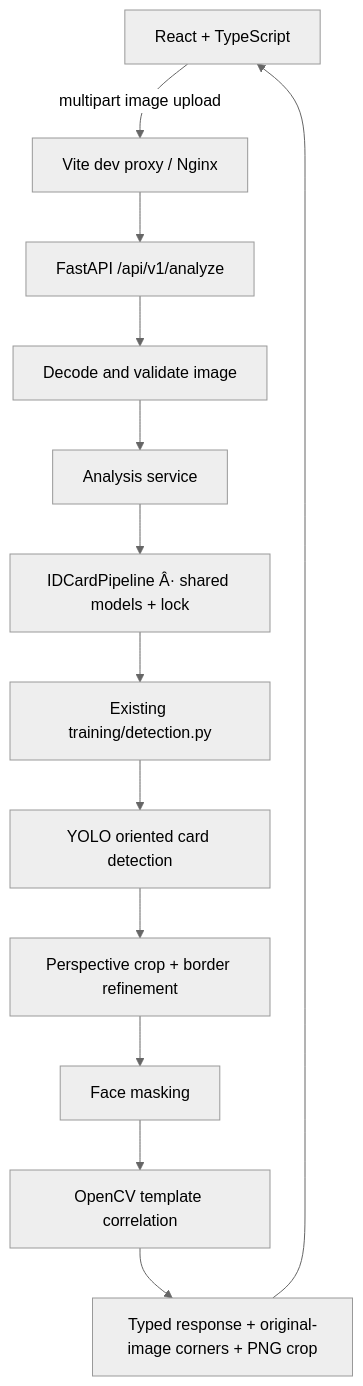
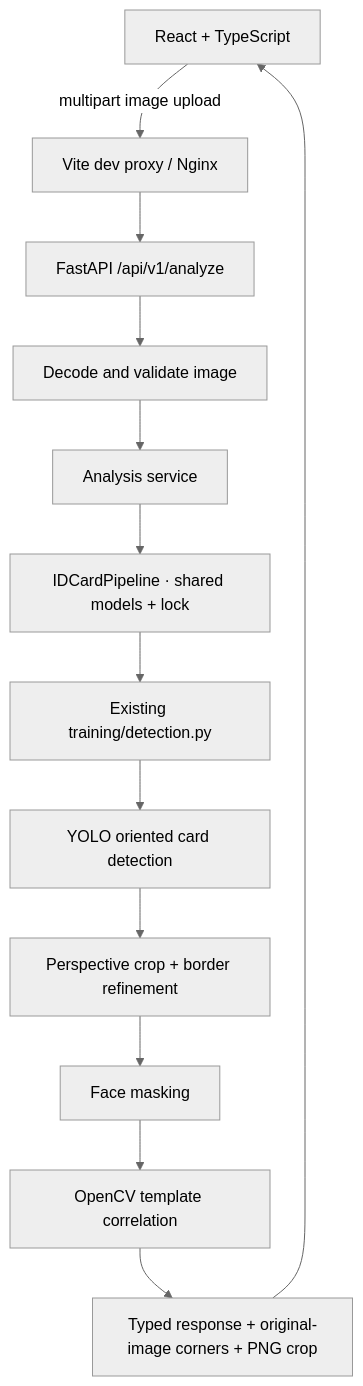
One commit to hoanglqd-a1/idcard_detection changed the diagram in README.md. Above: the diagram before and after it, drawn with Mermaid (neutral theme). The commit also changed other lines of this file, not shown here.

````diff
--- a/README.md
+++ b/README.md
@@ -35,15 +35,15 @@
 ```mermaid
 flowchart TD
     Browser[React + TypeScript] -->|multipart image upload| Proxy[Vite dev proxy / Nginx]
     Proxy --> API[FastAPI /api/v1/analyze]
     API --> Validation[Decode and validate image]
     Validation --> Service[Analysis service]
-    Service --> Adapter[IDCardPipeline Â· shared models + lock]
+    Service --> Adapter[IDCardPipeline · shared models + lock]
     Adapter --> Legacy[Existing training/detection.py]
     Legacy --> Detect[YOLO oriented card detection]
     Detect --> Crop[Perspective crop + border refinement]
     Crop --> Mask[Face masking]
     Mask --> Match[OpenCV template correlation]
     Match --> Response[Typed response + original-image corners + PNG crop]
     Response --> Browser
 ```
````
